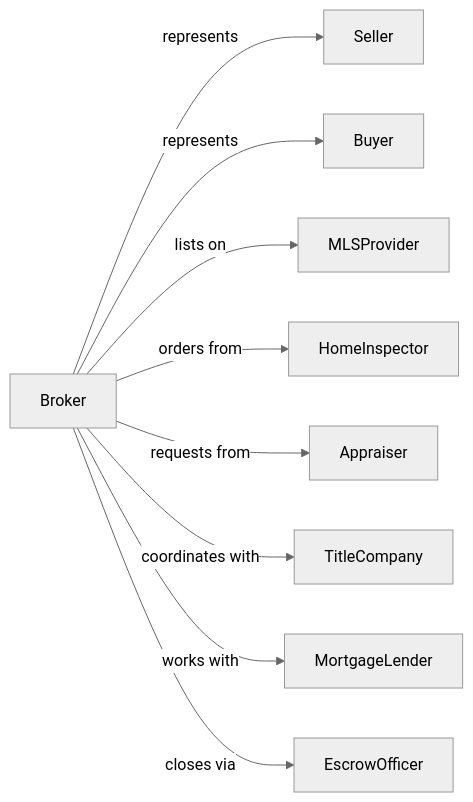
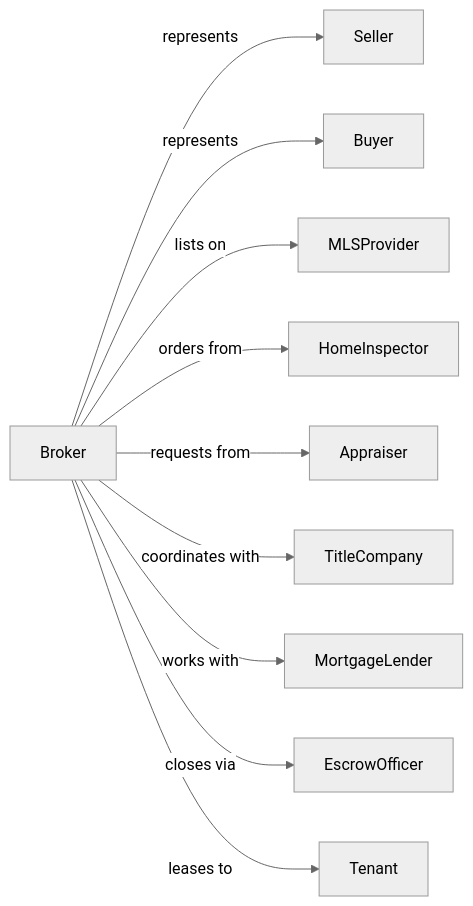
One commit to dot-org-ai/industries.org.ai changed the second of 2 diagrams in RealEstate/RealEstate/OfficesOfRealEstateAgentsAndBrokers/OfficesOfRealEstateAgentsAndBrokers.mdx. Above: the diagram before and after it, drawn with Mermaid (neutral theme). The commit also changed other lines of this file and 588 other files, not shown here.

````diff
--- a/RealEstate/RealEstate/OfficesOfRealEstateAgentsAndBrokers/OfficesOfRealEstateAgentsAndBrokers.mdx
+++ b/RealEstate/RealEstate/OfficesOfRealEstateAgentsAndBrokers/OfficesOfRealEstateAgentsAndBrokers.mdx
@@ -135,13 +135,14 @@
 ```mermaid
 graph LR
     B[Broker]
 
     B -->|represents| Seller
     B -->|represents| Buyer
     B -->|lists on| MLSProvider
     B -->|orders from| HomeInspector
     B -->|requests from| Appraiser
     B -->|coordinates with| TitleCompany
     B -->|works with| MortgageLender
     B -->|closes via| EscrowOfficer
+    B -->|leases to| Tenant
 ```
````
